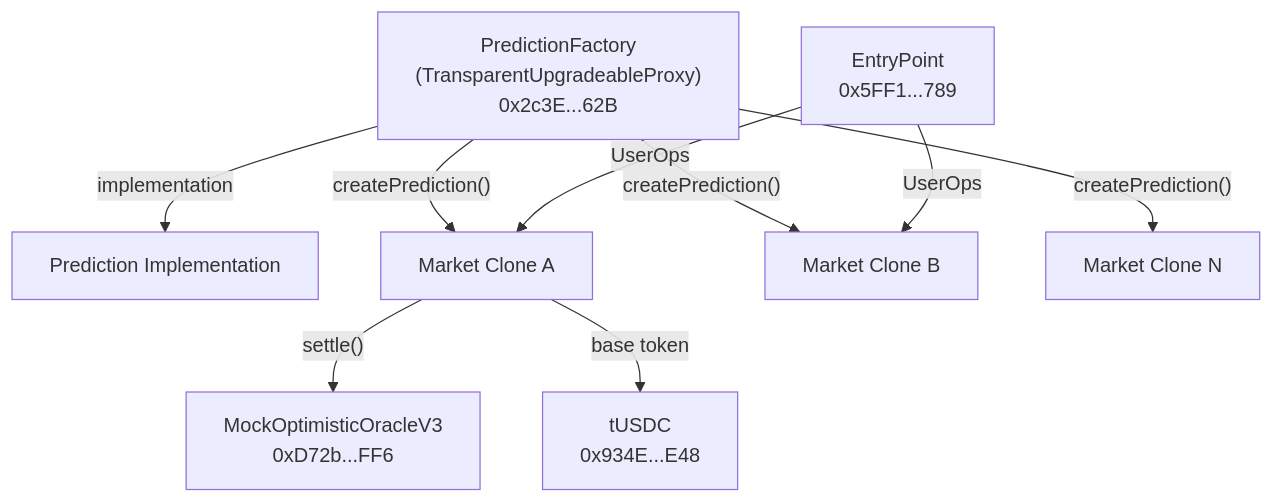
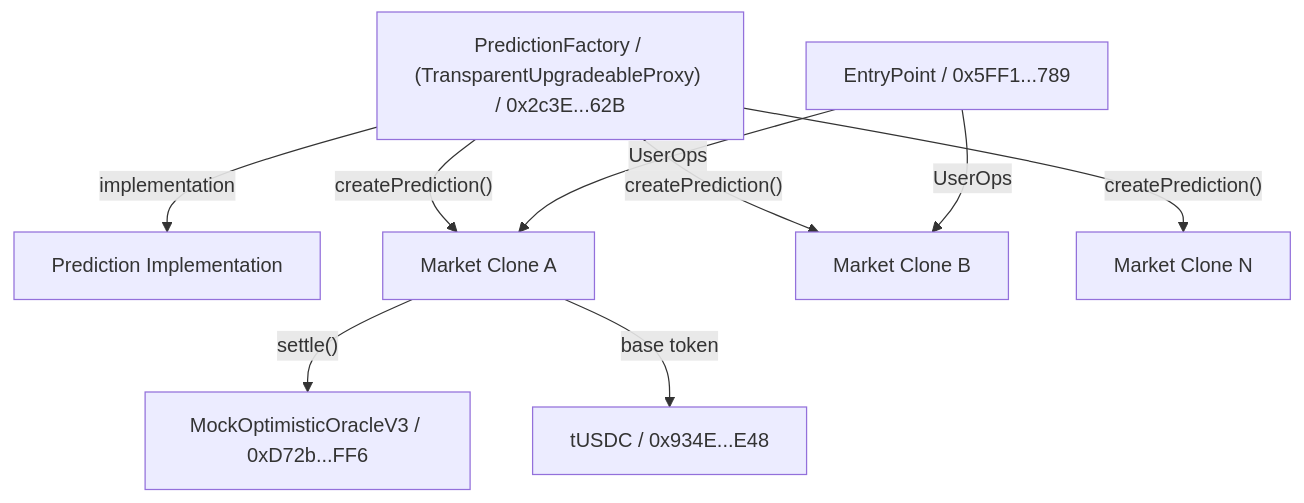
Before and after one commit to promethex2026/app-docs: the diagram in platform/deployment/contract-addresses.mdx, drawn with Mermaid. The commit also changed 10 other files, not shown here.

First line of the commit message:
fix: remove deleted pages from nav, escape $ signs, clean Mermaid br tags

````diff
--- a/platform/deployment/contract-addresses.mdx
+++ b/platform/deployment/contract-addresses.mdx
@@ -77,23 +77,23 @@
 ```mermaid
 graph TD
-  PROXY["PredictionFactory<br/>(TransparentUpgradeableProxy)<br/>0x2c3E...62B"]
+ PROXY["PredictionFactory / (TransparentUpgradeableProxy) / 0x2c3E...62B"]
   IMPL["Prediction Implementation"]
-  ORACLE["MockOptimisticOracleV3<br/>0xD72b...FF6"]
-  USDC["tUSDC<br/>0x934E...E48"]
-  EP["EntryPoint<br/>0x5FF1...789"]
+ ORACLE["MockOptimisticOracleV3 / 0xD72b...FF6"]
+ USDC["tUSDC / 0x934E...E48"]
+ EP["EntryPoint / 0x5FF1...789"]
 
   MARKET_A["Market Clone A"]
   MARKET_B["Market Clone B"]
   MARKET_N["Market Clone N"]
 
   PROXY -->|"implementation"| IMPL
   PROXY -->|"createPrediction()"| MARKET_A
   PROXY -->|"createPrediction()"| MARKET_B
   PROXY -->|"createPrediction()"| MARKET_N
 
   MARKET_A -->|"settle()"| ORACLE
   MARKET_A -->|"base token"| USDC
 
   EP -->|"UserOps"| MARKET_A
   EP -->|"UserOps"| MARKET_B
 ```
````
